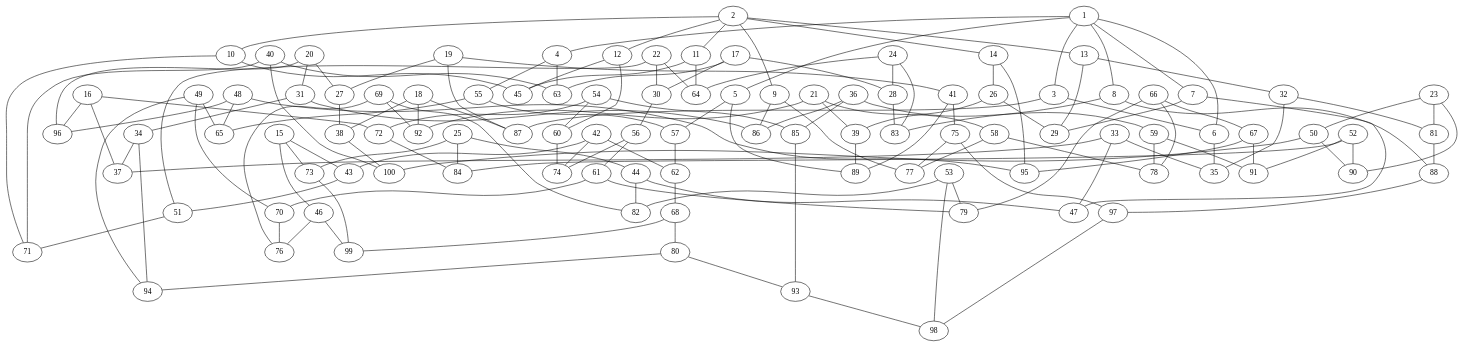
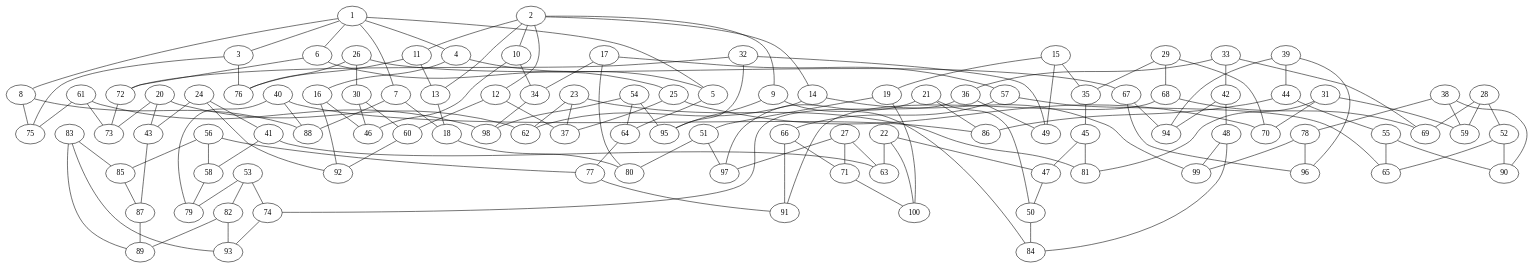
The diagram in file.dot (markusju/ava-u2), drawn with Graphviz before and after one commit. The commit also changed 8 other files, not shown here.

```diff
--- a/file.dot
+++ b/file.dot
@@ -1,155 +1,155 @@
 graph G {
-48 -- 95;
-48 -- 96;
-49 -- 65;
-32 -- 81;
-25 -- 44;
-49 -- 70;
-16 -- 72;
-73 -- 99;
-24 -- 83;
-40 -- 100;
-42 -- 43;
-66 -- 67;
-41 -- 75;
-26 -- 29;
-34 -- 37;
+40 -- 88;
+7 -- 88;
+17 -- 34;
+41 -- 58;
+48 -- 99;
+41 -- 63;
+32 -- 95;
+8 -- 75;
+24 -- 92;
+26 -- 30;
+33 -- 69;
+66 -- 71;
+42 -- 48;
 2 -- 9;
+82 -- 89;
 2 -- 10;
+17 -- 57;
 2 -- 11;
 2 -- 12;
 2 -- 13;
-8 -- 83;
+82 -- 93;
 2 -- 14;
-66 -- 78;
-26 -- 39;
-49 -- 94;
-66 -- 79;
-17 -- 63;
+16 -- 92;
+25 -- 70;
 8 -- 88;
-16 -- 96;
-25 -- 73;
-41 -- 89;
-58 -- 77;
-18 -- 38;
-42 -- 62;
-58 -- 78;
-25 -- 84;
-42 -- 74;
-75 -- 77;
-3 -- 6;
-10 -- 45;
-9 -- 77;
-19 -- 27;
-43 -- 51;
-50 -- 90;
-27 -- 38;
-9 -- 86;
-50 -- 100;
-59 -- 78;
-51 -- 71;
-19 -- 41;
-75 -- 97;
-67 -- 91;
-34 -- 94;
-67 -- 95;
-10 -- 71;
-59 -- 91;
-11 -- 45;
-44 -- 47;
-18 -- 87;
-20 -- 27;
-18 -- 92;
-20 -- 31;
-68 -- 80;
-60 -- 74;
-11 -- 64;
-36 -- 59;
-68 -- 99;
-52 -- 84;
-12 -- 45;
-19 -- 87;
-93 -- 98;
-44 -- 82;
+74 -- 93;
+58 -- 79;
+10 -- 34;
+66 -- 91;
+17 -- 80;
+11 -- 13;
+50 -- 84;
+83 -- 85;
+10 -- 46;
+83 -- 89;
+26 -- 67;
+35 -- 45;
+83 -- 93;
+9 -- 84;
+26 -- 76;
+42 -- 94;
+9 -- 95;
+67 -- 94;
+51 -- 80;
+67 -- 96;
+18 -- 80;
+19 -- 51;
+34 -- 98;
+4 -- 5;
+68 -- 69;
+27 -- 63;
+44 -- 55;
+4 -- 16;
+27 -- 71;
+43 -- 87;
+36 -- 49;
+52 -- 65;
+51 -- 97;
+20 -- 43;
+68 -- 91;
+28 -- 52;
+12 -- 37;
+28 -- 59;
+60 -- 92;
+11 -- 76;
+45 -- 47;
+85 -- 87;
+13 -- 18;
+27 -- 97;
+29 -- 35;
+36 -- 74;
 52 -- 90;
-52 -- 91;
-69 -- 76;
-85 -- 93;
-61 -- 70;
-69 -- 82;
+3 -- 75;
+3 -- 76;
+28 -- 69;
+20 -- 62;
+44 -- 86;
+61 -- 73;
+61 -- 75;
+77 -- 91;
 12 -- 60;
-13 -- 29;
-36 -- 85;
-21 -- 39;
-36 -- 86;
-61 -- 79;
-4 -- 55;
-13 -- 32;
-3 -- 87;
-28 -- 83;
-69 -- 92;
+19 -- 100;
+20 -- 73;
+53 -- 74;
 53 -- 79;
-4 -- 63;
+21 -- 50;
 53 -- 82;
-21 -- 58;
-54 -- 60;
-62 -- 68;
-70 -- 76;
-22 -- 30;
-14 -- 26;
-20 -- 96;
-53 -- 98;
-54 -- 72;
-5 -- 57;
-30 -- 56;
-6 -- 35;
-22 -- 51;
-46 -- 76;
-54 -- 85;
-55 -- 57;
-31 -- 34;
-21 -- 92;
-22 -- 64;
+45 -- 81;
+61 -- 98;
+29 -- 68;
+29 -- 70;
+54 -- 64;
+30 -- 46;
+78 -- 96;
+6 -- 25;
+38 -- 59;
+78 -- 99;
+22 -- 47;
+5 -- 64;
+30 -- 60;
+21 -- 86;
+87 -- 89;
+47 -- 50;
+15 -- 19;
+39 -- 44;
+38 -- 78;
+22 -- 63;
+54 -- 95;
 55 -- 65;
-5 -- 89;
-46 -- 99;
-7 -- 29;
-23 -- 50;
-15 -- 43;
-38 -- 100;
-15 -- 46;
-32 -- 35;
-24 -- 28;
-56 -- 61;
-7 -- 47;
-88 -- 97;
-72 -- 84;
-80 -- 93;
-80 -- 94;
-14 -- 95;
-48 -- 65;
-39 -- 89;
-56 -- 74;
-16 -- 37;
-31 -- 86;
-40 -- 63;
-15 -- 73;
+7 -- 18;
+21 -- 97;
+54 -- 98;
+23 -- 37;
+14 -- 62;
+15 -- 35;
+38 -- 90;
+31 -- 59;
+71 -- 100;
+72 -- 73;
+6 -- 72;
+15 -- 49;
+56 -- 58;
+55 -- 90;
+23 -- 62;
+31 -- 70;
+64 -- 77;
+22 -- 100;
+24 -- 41;
+32 -- 49;
+31 -- 81;
+24 -- 43;
+14 -- 99;
+56 -- 77;
+39 -- 94;
+39 -- 96;
 23 -- 81;
-40 -- 71;
-97 -- 98;
+56 -- 85;
+16 -- 46;
 1 -- 3;
-33 -- 35;
 1 -- 4;
-23 -- 90;
+33 -- 36;
 1 -- 5;
-33 -- 37;
+48 -- 84;
 1 -- 6;
-57 -- 62;
 1 -- 7;
 1 -- 8;
-81 -- 88;
-24 -- 64;
-17 -- 28;
-17 -- 30;
-33 -- 47;
+40 -- 79;
+32 -- 72;
+57 -- 65;
+33 -- 42;
+57 -- 66;
+25 -- 37;
+40 -- 86;
 }
```
